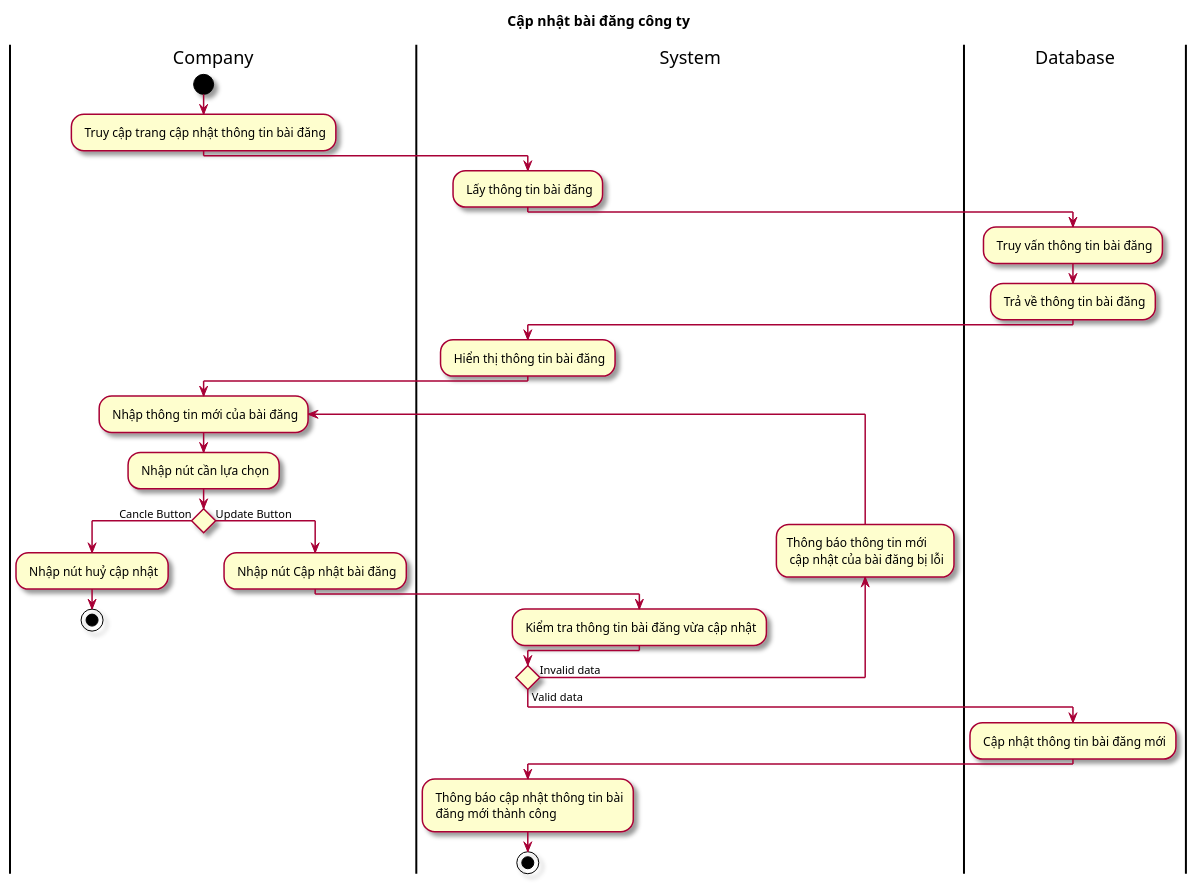
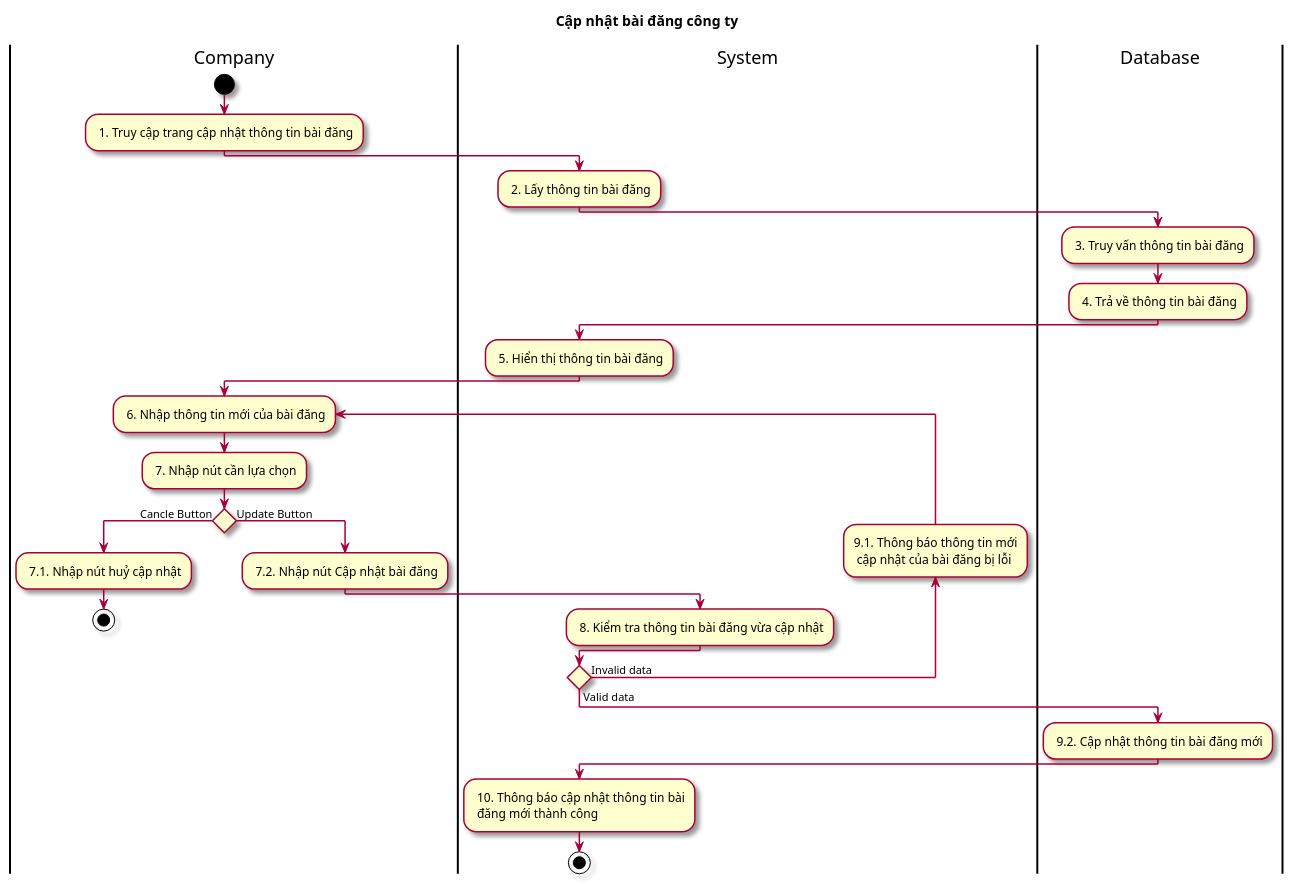
One commit to Griselda4774/EAS-EmploymentAssistanceSystem changed the diagram in Lab1/Lab 1.2 Diagram/Activity/FileUML/2.3 ActCapNhatBaiDangCongTy.puml. Above: the diagram before and after it, drawn with PlantUML. The commit also changed 44 other files, not shown here.

Commit message:
update act diagram

```diff
--- a/Lab1/Lab 1.2 Diagram/Activity/FileUML/2.3 ActCapNhatBaiDangCongTy.puml
+++ b/Lab1/Lab 1.2 Diagram/Activity/FileUML/2.3 ActCapNhatBaiDangCongTy.puml
@@ -1,35 +1,35 @@
 @startuml ActCapNhatBaiDangCongTy
 
 skin rose
 title Cập nhật bài đăng công ty
 
 |Company|
 start
-: Truy cập trang cập nhật thông tin bài đăng;
+: 1. Truy cập trang cập nhật thông tin bài đăng;
 |System|
-: Lấy thông tin bài đăng;
+: 2. Lấy thông tin bài đăng;
 |Database|
-: Truy vấn thông tin bài đăng;
-: Trả về thông tin bài đăng;
+: 3. Truy vấn thông tin bài đăng;
+: 4. Trả về thông tin bài đăng;
 |System|
-: Hiển thị thông tin bài đăng;
+: 5. Hiển thị thông tin bài đăng;
 |Company|
-repeat: Nhập thông tin mới của bài đăng;
-: Nhập nút cần lựa chọn;
+repeat: 6. Nhập thông tin mới của bài đăng;
+: 7. Nhập nút cần lựa chọn;
 if () then (Cancle Button)
-: Nhập nút huỷ cập nhật;
+: 7.1. Nhập nút huỷ cập nhật;
 |Company|
 stop
 else (Update Button)
-: Nhập nút Cập nhật bài đăng;
+: 7.2. Nhập nút Cập nhật bài đăng;
 |System|
-: Kiểm tra thông tin bài đăng vừa cập nhật;
+: 8. Kiểm tra thông tin bài đăng vừa cập nhật;
 endif
-backward :Thông báo thông tin mới\n cập nhật của bài đăng bị lỗi;
+backward :9.1. Thông báo thông tin mới\n cập nhật của bài đăng bị lỗi;
 repeat while() is (Invalid data) not (Valid data)
 |Database|
-: Cập nhật thông tin bài đăng mới;
+: 9.2. Cập nhật thông tin bài đăng mới;
 |System|
-: Thông báo cập nhật thông tin bài\n đăng mới thành công;
+: 10. Thông báo cập nhật thông tin bài\n đăng mới thành công;
 stop
 @enduml
```
